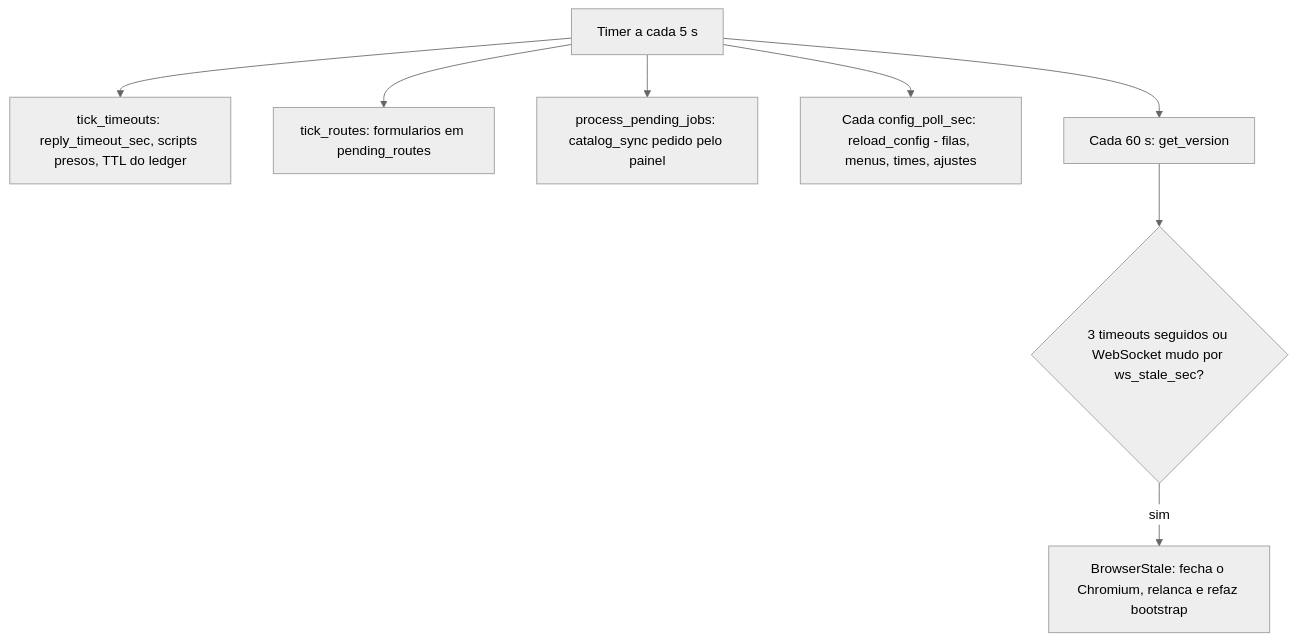
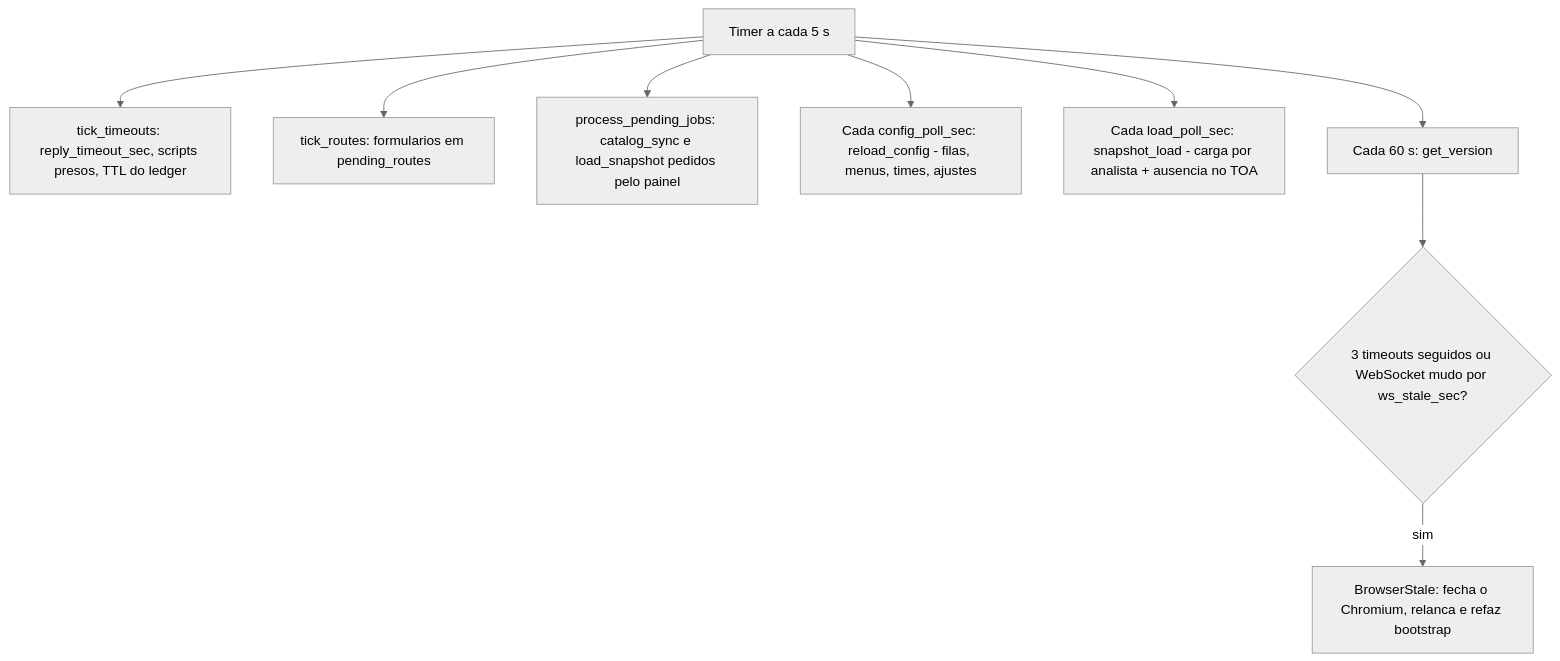
Diagram 11 of 13 in docs/desenho-bot.md (lgsalmeida15/botsqlite), drawn with Mermaid (neutral theme) before and after one commit. The commit also changed other lines of this file and 12 other files, not shown here.

First line of the commit message:
Carga por analista: leitura das listas do TOA, aba Carga e fechamento por ausencia

````diff
--- a/docs/desenho-bot.md
+++ b/docs/desenho-bot.md
@@ -506,10 +506,11 @@
 ```mermaid
 flowchart TD
   T[Timer a cada 5 s] --> A[tick_timeouts: reply_timeout_sec, scripts presos, TTL do ledger]
   T --> B[tick_routes: formularios em pending_routes]
-  T --> C[process_pending_jobs: catalog_sync pedido pelo painel]
+  T --> C[process_pending_jobs: catalog_sync e load_snapshot pedidos pelo painel]
   T --> D[Cada config_poll_sec: reload_config - filas, menus, times, ajustes]
+  T --> L[Cada load_poll_sec: snapshot_load - carga por analista + ausencia no TOA]
   T --> E[Cada 60 s: get_version]
   E --> F{3 timeouts seguidos ou WebSocket mudo por ws_stale_sec?}
   F -->|sim| G[BrowserStale: fecha o Chromium, relanca e refaz bootstrap]
 ```
````
